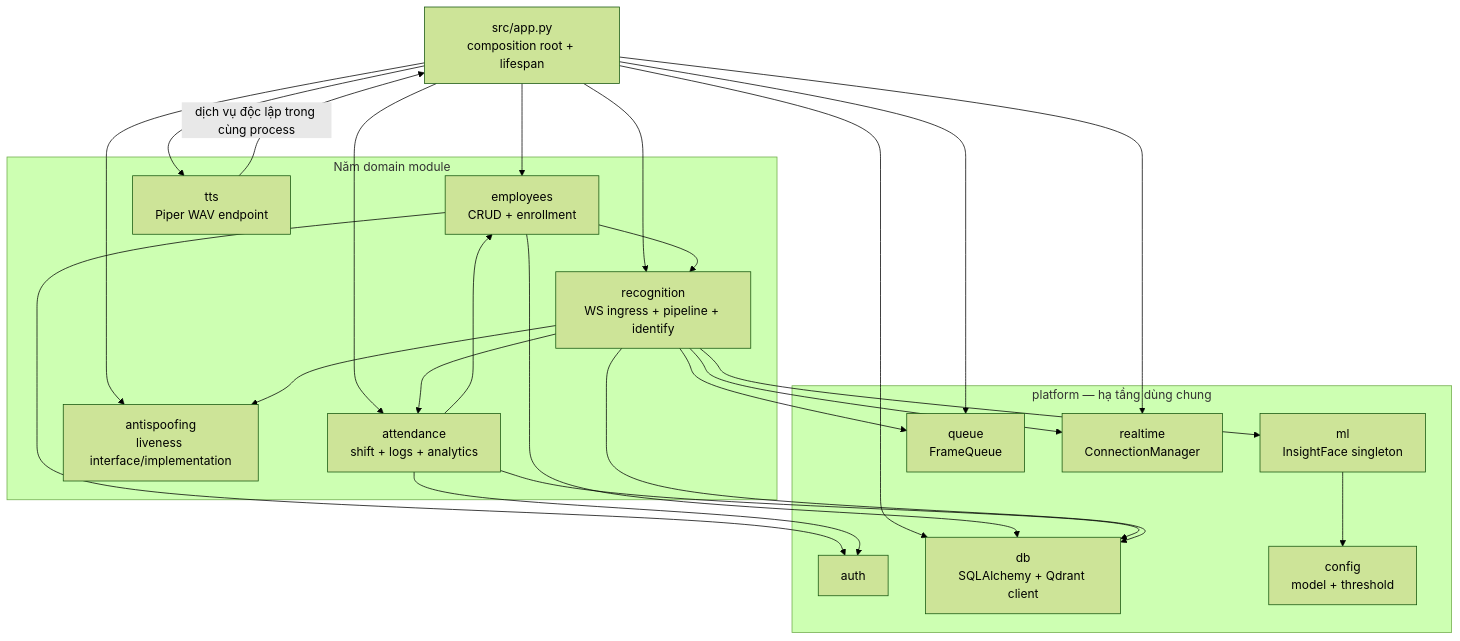
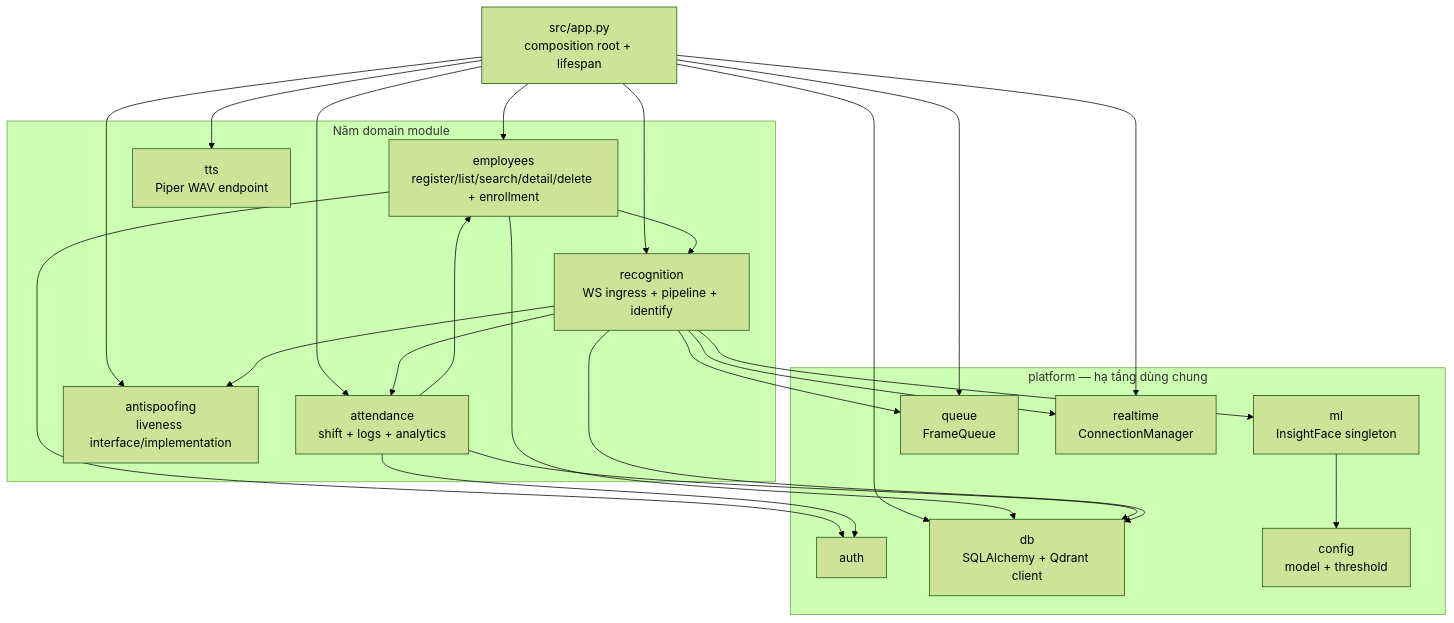
The third of 3 diagrams in docs/project-report/02-kien-truc-he-thong.md (danghohai2004/facevec-attend), drawn with Mermaid (forest theme) before and after one commit. The commit also changed other lines of this file, not shown here.

Commit message:
docs: correct project architecture diagrams

````diff
--- a/docs/project-report/02-kien-truc-he-thong.md
+++ b/docs/project-report/02-kien-truc-he-thong.md
@@ -64,45 +65,44 @@
 ```mermaid
 flowchart TB
     App[src/app.py\ncomposition root + lifespan]
 
     subgraph Domains[Năm domain module]
-        Employees[employees\nCRUD + enrollment]
+        Employees[employees\nregister/list/search/detail/delete + enrollment]
         Attendance[attendance\nshift + logs + analytics]
         Recognition[recognition\nWS ingress + pipeline + identify]
         Antispoofing[antispoofing\nliveness interface/implementation]
         TTS[tts\nPiper WAV endpoint]
     end
 
     subgraph Platform[platform — hạ tầng dùng chung]
         Auth[auth]
         DB[db\nSQLAlchemy + Qdrant client]
         ML[ml\nInsightFace singleton]
         Queue[queue\nFrameQueue]
         Realtime[realtime\nConnectionManager]
         Config[config\nmodel + threshold]
     end
 
     App --> Employees
     App --> Attendance
     App --> Recognition
     App --> Antispoofing
     App --> TTS
     App --> DB
     App --> Queue
     App --> Realtime
 
     Employees --> DB
     Employees --> Auth
     Employees --> Recognition
     Attendance --> DB
     Attendance --> Auth
     Attendance --> Employees
     Recognition --> Queue
     Recognition --> Realtime
     Recognition --> ML
     Recognition --> DB
     Recognition --> Antispoofing
     Recognition --> Attendance
-    TTS -->|dịch vụ độc lập trong cùng process| App
     ML --> Config
 ```
````
